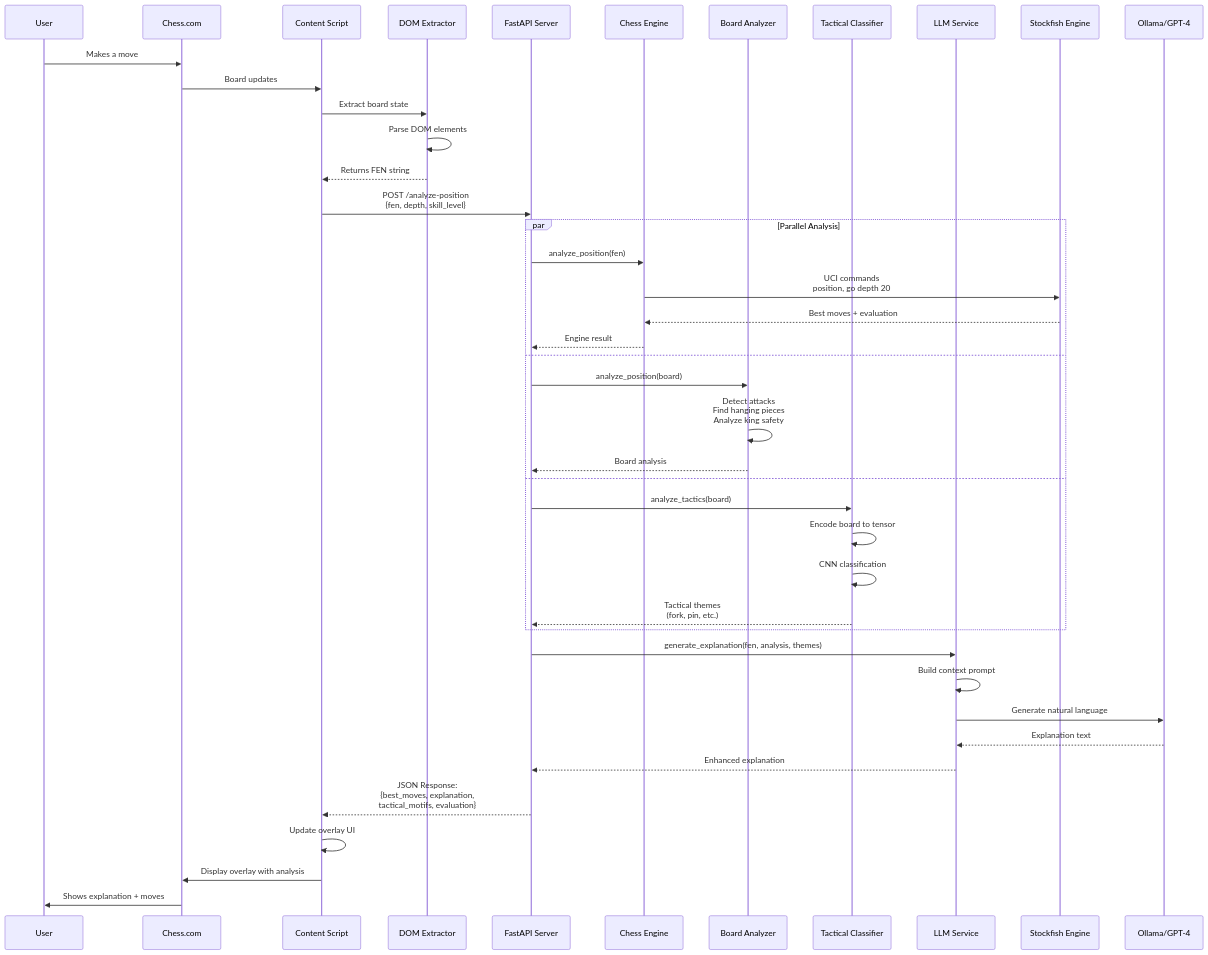
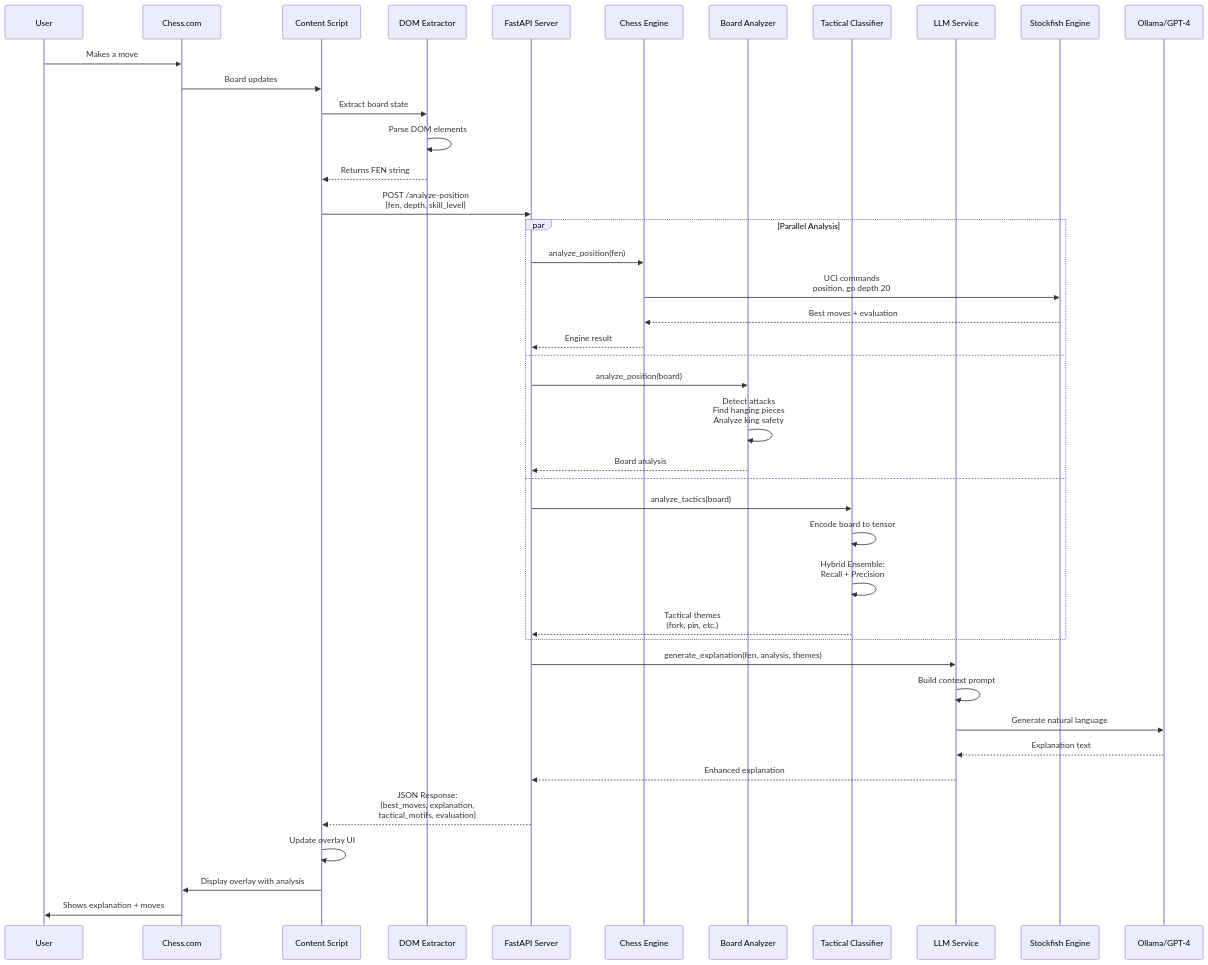
One commit to NSM1997/chessAI changed the second of 16 diagrams in docs/THESIS_REPORT_FINAL.md. Above: the diagram before and after it, drawn with Mermaid. The commit also changed other lines of this file and 12 other files, not shown here.

````diff
--- a/docs/THESIS_REPORT_FINAL.md
+++ b/docs/THESIS_REPORT_FINAL.md
@@ -264,50 +273,50 @@
 ```mermaid
 sequenceDiagram
     participant User
     participant ChessCom as Chess.com
     participant ContentScript as Content Script
     participant DOMExtractor as DOM Extractor
     participant API as FastAPI Server
     participant ChessEngine as Chess Engine
     participant BoardAnalyzer as Board Analyzer
     participant TacticalML as Tactical Classifier
     participant LLM as LLM Service
     participant Stockfish as Stockfish Engine
     participant Ollama as Ollama/GPT-4
 
     User->>ChessCom: Makes a move
     ChessCom->>ContentScript: Board updates
     ContentScript->>DOMExtractor: Extract board state
     DOMExtractor->>DOMExtractor: Parse DOM elements
     DOMExtractor-->>ContentScript: Returns FEN string
     
     ContentScript->>API: POST /analyze-position<br/>{fen, depth, skill_level}
     
     par Parallel Analysis
         API->>ChessEngine: analyze_position(fen)
         ChessEngine->>Stockfish: UCI commands<br/>position, go depth 20
         Stockfish-->>ChessEngine: Best moves + evaluation
         ChessEngine-->>API: Engine result
     and
         API->>BoardAnalyzer: analyze_position(board)
         BoardAnalyzer->>BoardAnalyzer: Detect attacks<br/>Find hanging pieces<br/>Analyze king safety
         BoardAnalyzer-->>API: Board analysis
     and
         API->>TacticalML: analyze_tactics(board)
         TacticalML->>TacticalML: Encode board to tensor
-        TacticalML->>TacticalML: CNN classification
+        TacticalML->>TacticalML: Hybrid Ensemble:<br/>Recall + Precision
         TacticalML-->>API: Tactical themes<br/>(fork, pin, etc.)
     end
     
     API->>LLM: generate_explanation(fen, analysis, themes)
     LLM->>LLM: Build context prompt
     LLM->>Ollama: Generate natural language
     Ollama-->>LLM: Explanation text
     LLM-->>API: Enhanced explanation
     
     API-->>ContentScript: JSON Response:<br/>{best_moves, explanation,<br/>tactical_motifs, evaluation}
     
     ContentScript->>ContentScript: Update overlay UI
     ContentScript->>ChessCom: Display overlay with analysis
     ChessCom->>User: Shows explanation + moves
 ```
````
